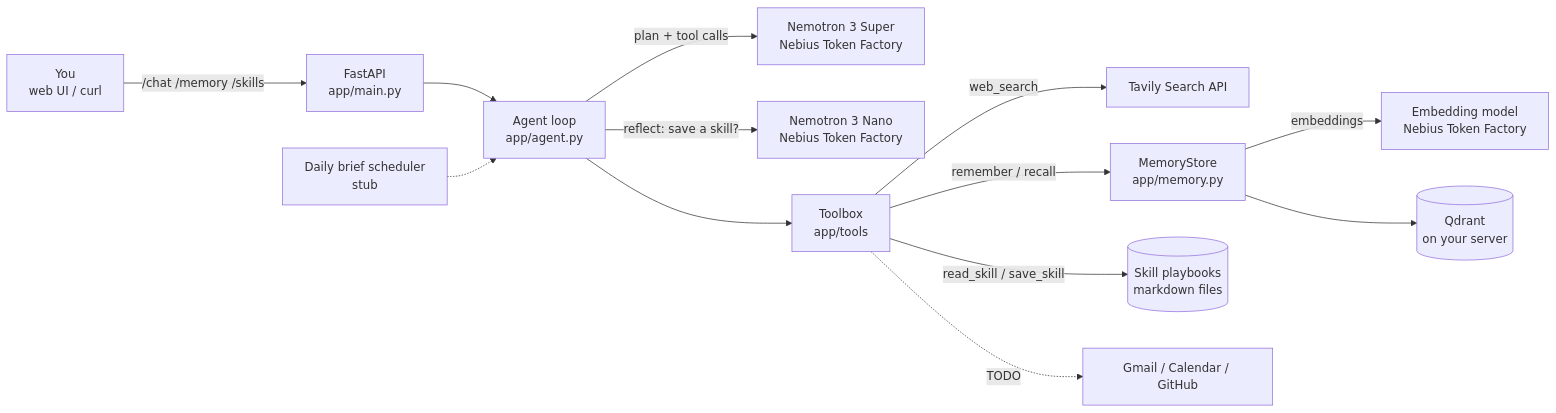
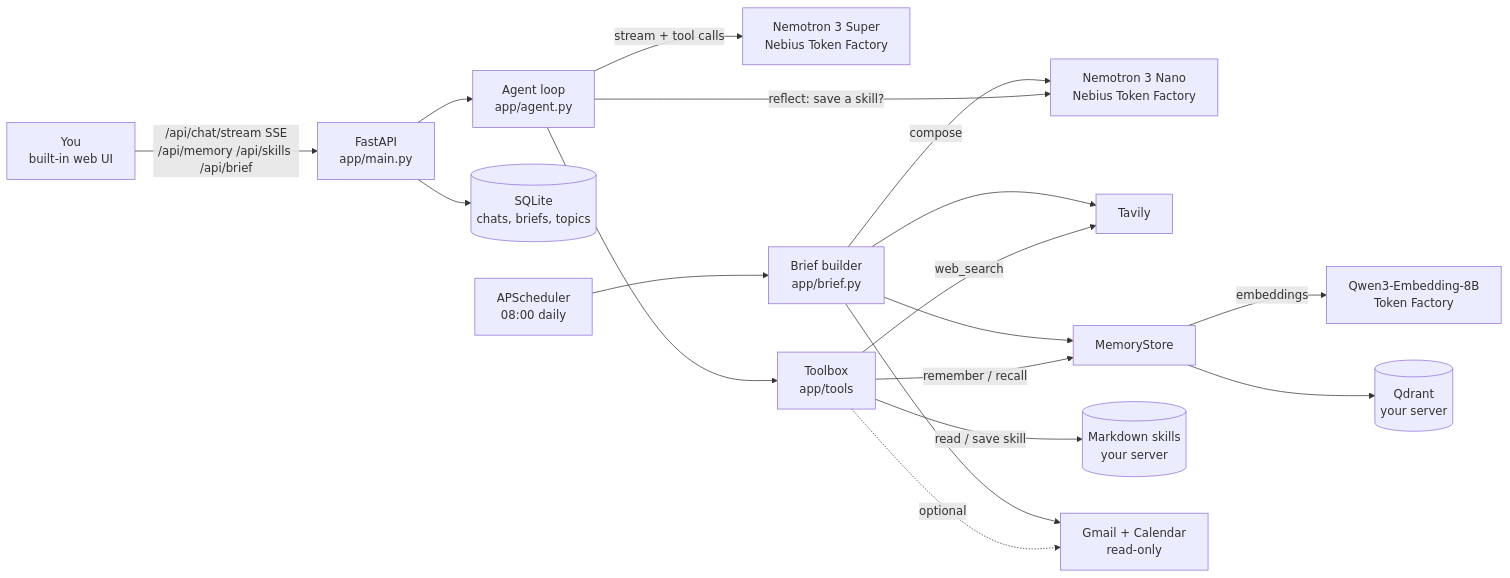
One commit to muisdevop/muis-os-lite changed the diagram in README.md. Above: the diagram before and after it, drawn with Mermaid. The commit also changed other lines of this file and 48 other files, not shown here.

First line of the commit message:
v1.0: complete MUIS OS Lite (agent, skills, brief, UI, deploy, docs) (#1)

````diff
--- a/README.md
+++ b/README.md
@@ -33,15 +57,18 @@
 ```mermaid
 flowchart LR
-    U[You<br/>web UI / curl] -->|/chat /memory /skills| API[FastAPI<br/>app/main.py]
+    U[You<br/>built-in web UI] -->|/api/chat/stream SSE<br/>/api/memory /api/skills /api/brief| API[FastAPI<br/>app/main.py]
     API --> AG[Agent loop<br/>app/agent.py]
-    AG -->|plan + tool calls| SUPER[Nemotron 3 Super<br/>Nebius Token Factory]
+    AG -->|stream + tool calls| SUPER[Nemotron 3 Super<br/>Nebius Token Factory]
     AG -->|reflect: save a skill?| NANO[Nemotron 3 Nano<br/>Nebius Token Factory]
     AG --> TB[Toolbox<br/>app/tools]
-    TB -->|web_search| TAV[Tavily Search API]
-    TB -->|remember / recall| MEM[MemoryStore<br/>app/memory.py]
-    MEM -->|embeddings| EMB[Embedding model<br/>Nebius Token Factory]
-    MEM --> QD[(Qdrant<br/>on your server)]
-    TB -->|read_skill / save_skill| SK[(Skill playbooks<br/>markdown files)]
-    TB -. TODO .-> INT[Gmail / Calendar / GitHub]
-    SCH[Daily brief scheduler<br/>stub] -.-> AG
+    TB -->|web_search| TAV[Tavily]
+    TB -->|remember / recall| MEM[MemoryStore]
+    MEM -->|embeddings| EMB[Qwen3-Embedding-8B<br/>Token Factory]
+    MEM --> QD[(Qdrant<br/>your server)]
+    TB -->|read / save skill| SK[(Markdown skills<br/>your server)]
+    TB -.optional.-> G[Gmail + Calendar<br/>read-only]
+    API --> DB[(SQLite<br/>chats, briefs, topics)]
+    SCH[APScheduler<br/>08:00 daily] --> BR[Brief builder<br/>app/brief.py]
+    BR --> MEM & TAV & G
+    BR -->|compose| NANO
 ```
````
